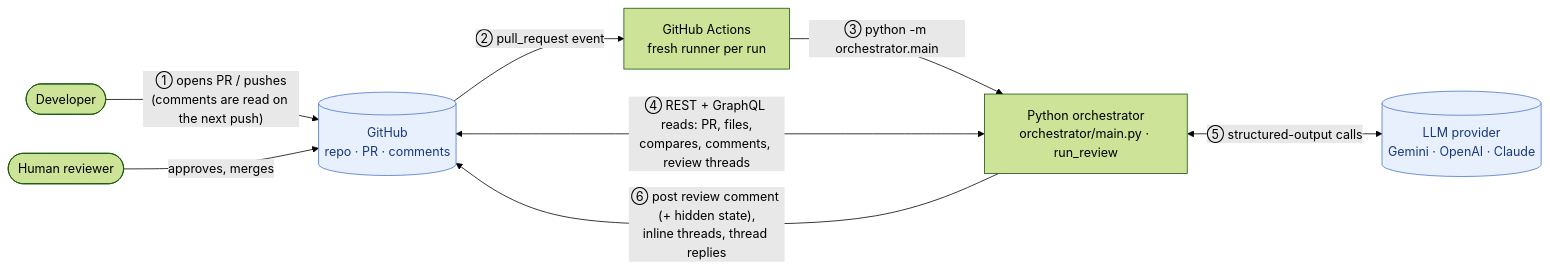
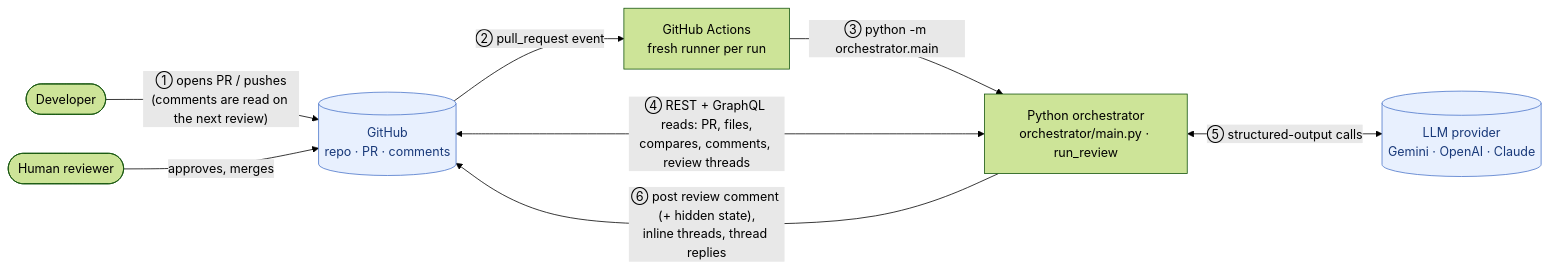
The second of 14 diagrams in docs/agentic-pr-review-system-design.v1.md (bryanChatsirichai/github_agentic_pr_reviewer), drawn with Mermaid (forest theme) before and after one commit. The commit also changed other lines of this file and 2 other files, not shown here.

First line of the commit message:
Fix: Say "next run with new code", not "next push", for retries and replies (F004)

````diff
--- a/docs/agentic-pr-review-system-design.v1.md
+++ b/docs/agentic-pr-review-system-design.v1.md
@@ -97,13 +97,13 @@
 ```mermaid
 flowchart LR
-    dev([Developer]) -->|"① opens PR / pushes<br/>(comments are read on the next push)"| GH[("GitHub<br/>repo · PR · comments")]
+    dev([Developer]) -->|"① opens PR / pushes<br/>(comments are read on the next review)"| GH[("GitHub<br/>repo · PR · comments")]
     GH -->|"② pull_request event"| GA["GitHub Actions<br/>fresh runner per run"]
     GA -->|"③ python -m orchestrator.main"| ORCH["Python orchestrator<br/>orchestrator/main.py · run_review"]
     ORCH <-->|"④ REST + GraphQL reads: PR, files,<br/>compares, comments, review threads"| GH
     ORCH <-->|"⑤ structured-output calls"| LLM[("LLM provider<br/>Gemini · OpenAI · Claude")]
     ORCH -->|"⑥ post review comment (+ hidden state),<br/>inline threads, thread replies"| GH
     human([Human reviewer]) -->|approves, merges| GH
 
     classDef ext fill:#e8f0fe,stroke:#4a74c9,color:#1a3a7a
     class GH,LLM ext
 ```
````
